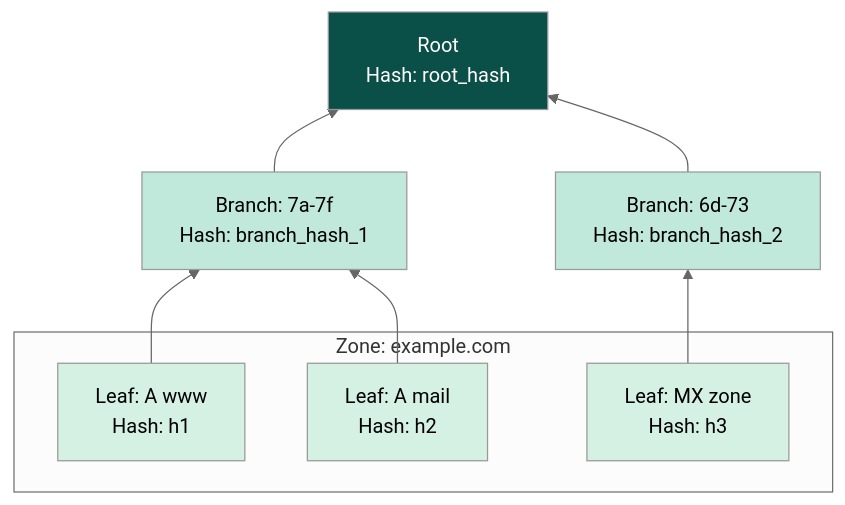
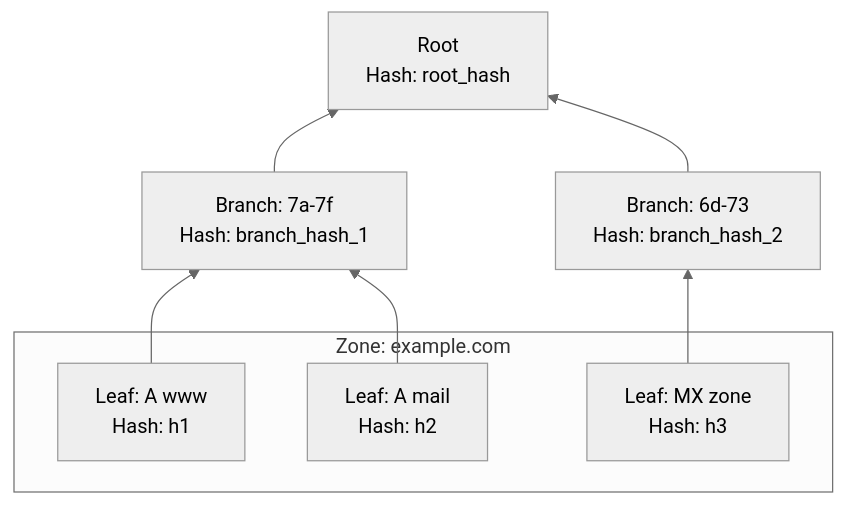
The sixth of 8 diagrams in docs/concepts/distributed-mode.md (TenforwardAB/go53), drawn with Mermaid (neutral theme) before and after one commit. The commit also changed other lines of this file and 3 other files, not shown here.

Commit message:
Updated Mermaidjs diagrams AI-Note: Claude failed on these and they where fixed manually

````diff
--- a/docs/concepts/distributed-mode.md
+++ b/docs/concepts/distributed-mode.md
@@ -343,26 +327,19 @@
 ```mermaid
 graph BT
   subgraph Zone["Zone: example.com"]
     Leaf1["Leaf: A www<br/>Hash: h1"]
     Leaf2["Leaf: A mail<br/>Hash: h2"]
     Leaf3["Leaf: MX zone<br/>Hash: h3"]
   end
 
   Branch1["Branch: 7a-7f<br/>Hash: branch_hash_1"]
   Branch2["Branch: 6d-73<br/>Hash: branch_hash_2"]
 
   Root["Root<br/>Hash: root_hash"]
 
   Leaf1 --> Branch1
   Leaf2 --> Branch1
   Leaf3 --> Branch2
   Branch1 --> Root
   Branch2 --> Root
-
-  style Leaf1 fill:#d4f1e4
-  style Leaf2 fill:#d4f1e4
-  style Leaf3 fill:#d4f1e4
-  style Branch1 fill:#c0e8db
-  style Branch2 fill:#c0e8db
-  style Root fill:#0b4f49,color:#ffffff
 ```
````
